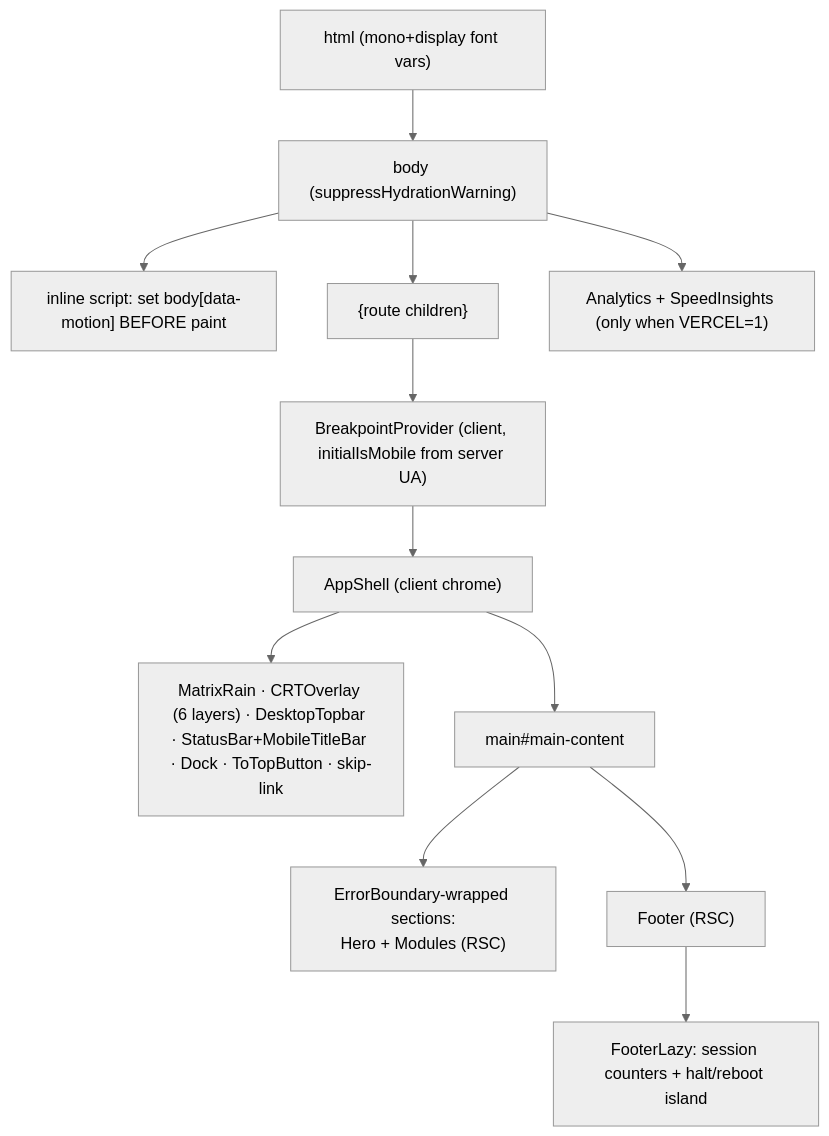
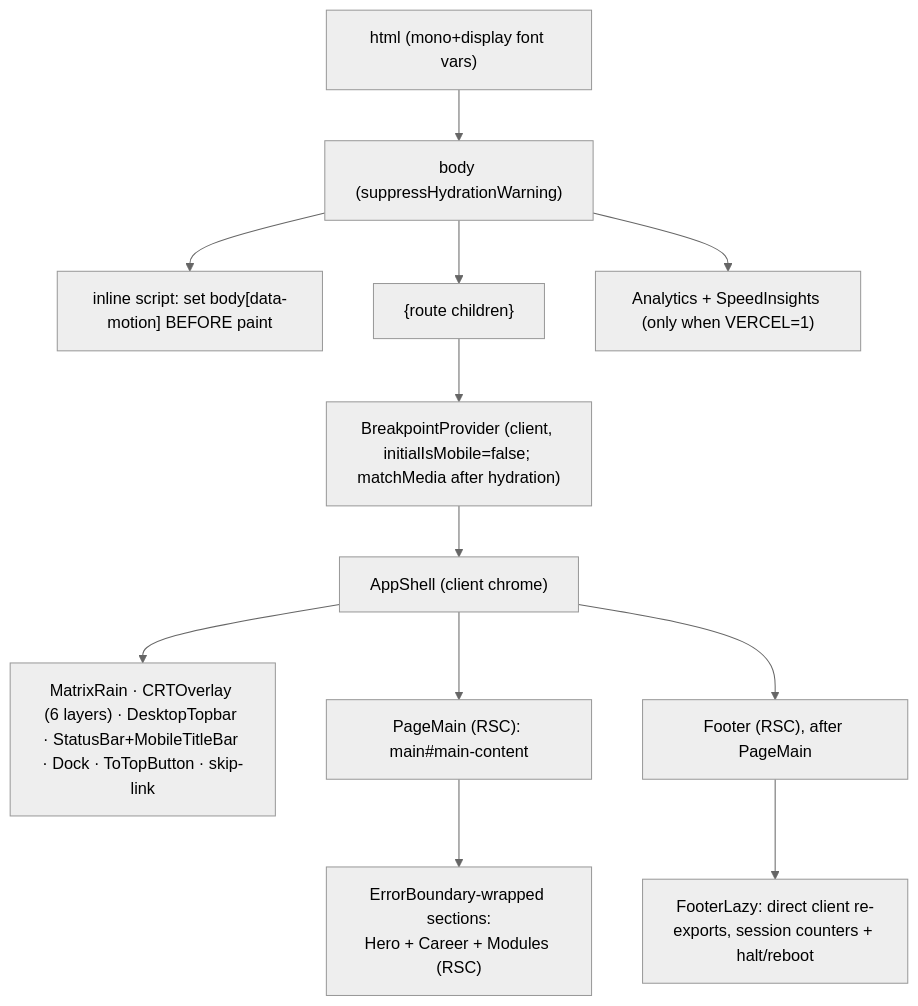
The second of 6 diagrams in docs/03-rendering-and-data-flow.md (erikunha/portfolio), drawn with Mermaid (neutral theme) before and after one commit. The commit also changed other lines of this file and 14 other files, not shown here.

First line of the commit message:
docs(architecture): redraw diagrams for the terminal-module homepage

````diff
--- a/docs/03-rendering-and-data-flow.md
+++ b/docs/03-rendering-and-data-flow.md
@@ -38,14 +48,14 @@
 ```mermaid
 flowchart TD
     html["html (mono+display font vars)"] --> body["body (suppressHydrationWarning)"]
     body --> boot["inline script: set body[data-motion] BEFORE paint"]
     body --> children["{route children}"]
     body --> rum["Analytics + SpeedInsights (only when VERCEL=1)"]
-    children --> bp["BreakpointProvider (client, initialIsMobile from server UA)"]
+    children --> bp["BreakpointProvider (client, initialIsMobile=false; matchMedia after hydration)"]
     bp --> appshell["AppShell (client chrome)"]
     appshell --> chrome["MatrixRain · CRTOverlay (6 layers) · DesktopTopbar · StatusBar+MobileTitleBar · Dock · ToTopButton · skip-link"]
-    appshell --> main["main#main-content"]
-    main --> secs["ErrorBoundary-wrapped sections:<br/>Hero + Modules (RSC)"]
-    main --> footer["Footer (RSC)"]
-    footer --> footerIslands["FooterLazy: session counters + halt/reboot island"]
+    appshell --> main["PageMain (RSC): main#main-content"]
+    main --> secs["ErrorBoundary-wrapped sections:<br/>Hero + Career + Modules (RSC)"]
+    appshell --> footer["Footer (RSC), after PageMain"]
+    footer --> footerIslands["FooterLazy: direct client re-exports, session counters + halt/reboot"]
 ```
````
